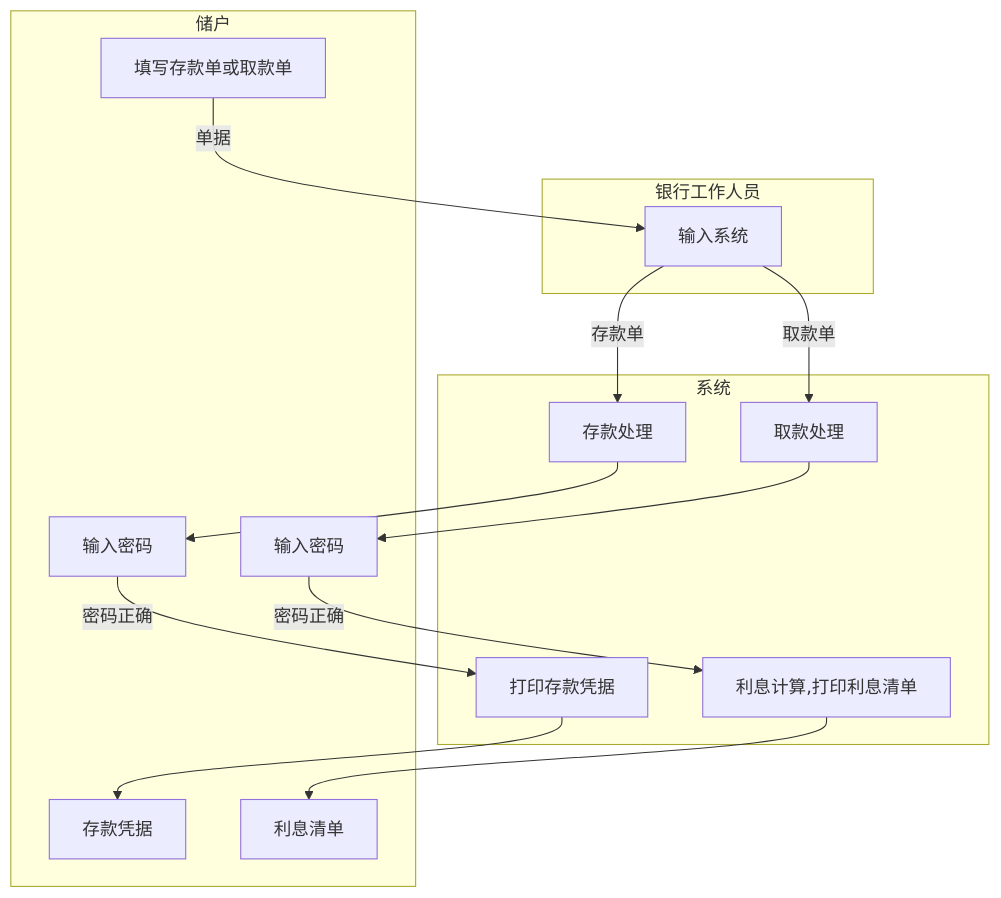
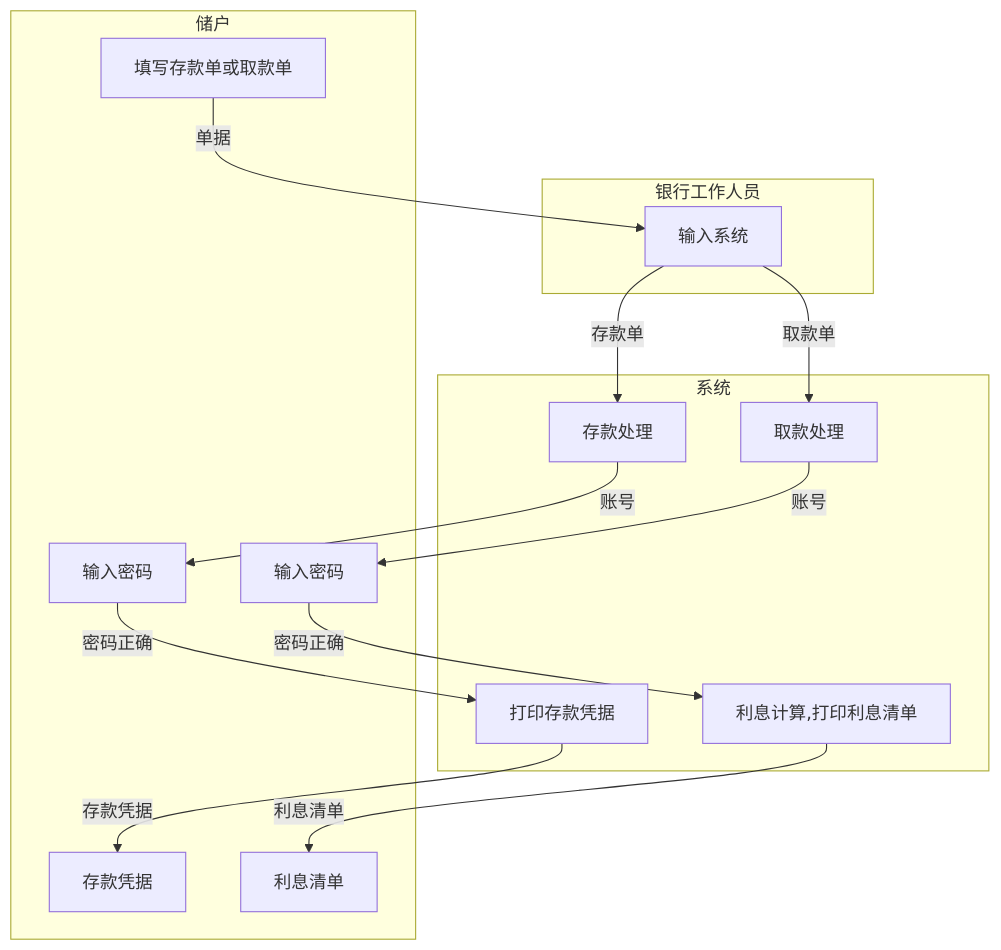
Before and after one commit to Clear-Love/Note: the first of 4 diagrams in 软件工程/第三章.md, drawn with Mermaid. The commit also changed other lines of this file, not shown here.

Commit message:
vault backup: 2023-05-14 23:27:46

````diff
--- a/软件工程/第三章.md
+++ b/软件工程/第三章.md
@@ -92,38 +92,38 @@
 ```mermaid
 flowchart TB
   subgraph 储户
     A[填写存款单或取款单]
   end
   subgraph 银行工作人员
     B[输入系统]
   end
   A -->|单据| B
 
   subgraph 系统
     C[存款处理]
     D[取款处理]
   end
   B -->|存款单| C
   B -->|取款单| D
 
   subgraph 系统
     G[打印存款凭据]
     F[利息计算,打印利息清单]
   end
 
 subgraph 储户
 	 K[存款凭据]
 	 J[输入密码]
   end
-  C -->J
+  C -->|账号|J
   J -->|密码正确|G
-  G --> K
+  G -->|存款凭据| K
   
 subgraph 储户
     H[利息清单]
     I[输入密码]
   end
-  D -->I
+  D -->|账号|I
   I -->|密码正确| F
-  F --> H
+  F -->|利息清单| H
 ```
````
